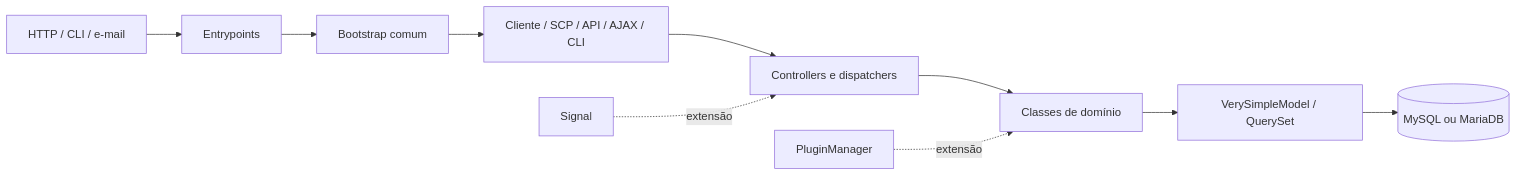
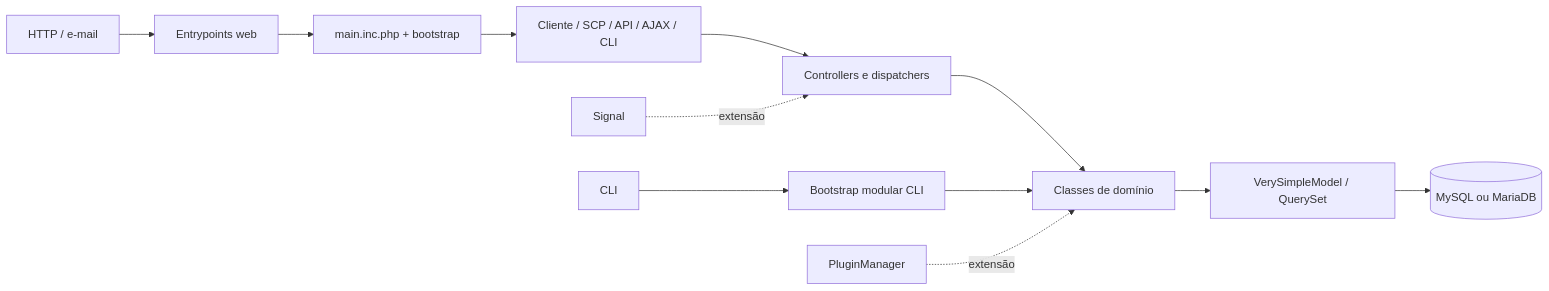
Before and after one commit to albertomoreiraluiz/osTicketReforged: the diagram in docs/reverse-engineering/COMPONENT_MAP.md, drawn with Mermaid. The commit also changed other lines of this file and 12 other files, not shown here.

````diff
--- a/docs/reverse-engineering/COMPONENT_MAP.md
+++ b/docs/reverse-engineering/COMPONENT_MAP.md
@@ -5,12 +5,14 @@
 ```mermaid
 flowchart LR
-    HTTP[HTTP / CLI / e-mail] --> EP[Entrypoints]
-    EP --> BOOT[Bootstrap comum]
+    HTTP[HTTP / e-mail] --> EP[Entrypoints web]
+    CLI[CLI] --> CLIBOOT[Bootstrap modular CLI]
+    EP --> BOOT[main.inc.php + bootstrap]
     BOOT --> SURF[Cliente / SCP / API / AJAX / CLI]
     SURF --> CTRL[Controllers e dispatchers]
     CTRL --> DOMAIN[Classes de domínio]
     DOMAIN --> ORM[VerySimpleModel / QuerySet]
     ORM --> DB[(MySQL ou MariaDB)]
+    CLIBOOT --> DOMAIN
     SIGNAL[Signal] -. extensão .-> CTRL
     PLUGIN[PluginManager] -. extensão .-> DOMAIN
 ```
````
